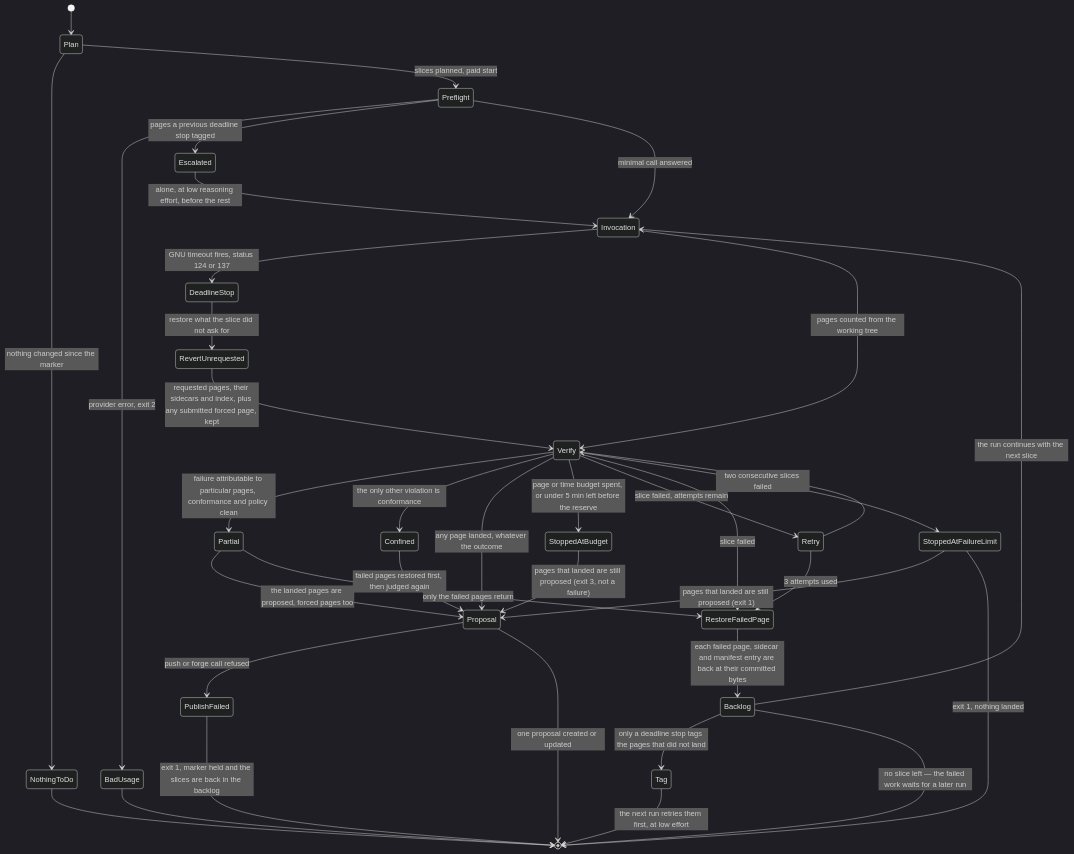
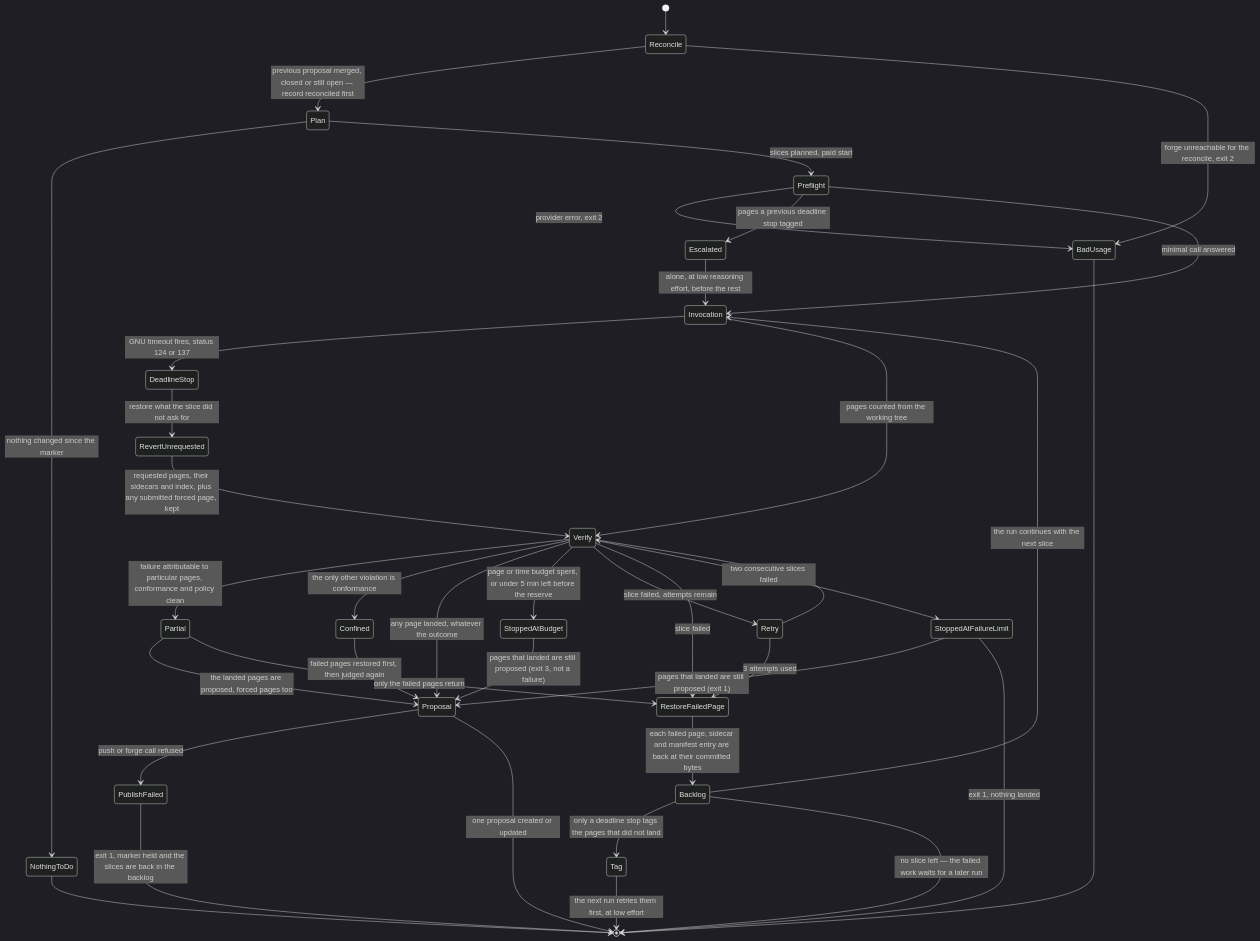
The first of 3 diagrams in openwiki/runbooks/wiki-maintenance.md (jumbleknot/MovieCollectionManager), drawn with Mermaid (dark theme) before and after one commit. The commit also changed other lines of this file and 13 other files, not shown here.

````diff
--- a/openwiki/runbooks/wiki-maintenance.md
+++ b/openwiki/runbooks/wiki-maintenance.md
@@ -128,39 +133,41 @@
 ```mermaid
 stateDiagram-v2
-    [*] --> Plan
+    [*] --> Reconcile
+    Reconcile --> Plan: previous proposal merged, closed or still open — record reconciled first
+    Reconcile --> BadUsage: forge unreachable for the reconcile, exit 2
     Plan --> NothingToDo: nothing changed since the marker
     Plan --> Preflight: slices planned, paid start
     Preflight --> BadUsage: provider error, exit 2
     Preflight --> Escalated: pages a previous deadline stop tagged
     Escalated --> Invocation: alone, at low reasoning effort, before the rest
     Preflight --> Invocation: minimal call answered
     Invocation --> DeadlineStop: GNU timeout fires, status 124 or 137
     DeadlineStop --> RevertUnrequested: restore what the slice did not ask for
     RevertUnrequested --> Verify: requested pages, their sidecars and index, plus any submitted forced page, kept
     Invocation --> Verify: pages counted from the working tree
     Verify --> Partial: failure attributable to particular pages, conformance and policy clean
     Partial --> Proposal: the landed pages are proposed, forced pages too
     Partial --> RestoreFailedPage: only the failed pages return
     Verify --> Confined: the only other violation is conformance
     Confined --> Proposal: failed pages restored first, then judged again
     Verify --> Proposal: any page landed, whatever the outcome
     Verify --> StoppedAtBudget: page or time budget spent, or under 5 min left before the reserve
     StoppedAtBudget --> Proposal: pages that landed are still proposed (exit 3, not a failure)
     Verify --> Retry: slice failed, attempts remain
     Retry --> Verify
     Retry --> RestoreFailedPage: 3 attempts used
     Verify --> RestoreFailedPage: slice failed
     RestoreFailedPage --> Backlog: each failed page, sidecar and manifest entry are back at their committed bytes
     Backlog --> Tag: only a deadline stop tags the pages that did not land
     Tag --> [*]: the next run retries them first, at low effort
     Verify --> StoppedAtFailureLimit: two consecutive slices failed
     StoppedAtFailureLimit --> Proposal: pages that landed are still proposed (exit 1)
     StoppedAtFailureLimit --> [*]: exit 1, nothing landed
     Backlog --> Invocation: the run continues with the next slice
     Backlog --> [*]: no slice left — the failed work waits for a later run
     Proposal --> PublishFailed: push or forge call refused
     PublishFailed --> [*]: exit 1, marker held and the slices are back in the backlog
     Proposal --> [*]: one proposal created or updated
     NothingToDo --> [*]
     BadUsage --> [*]
 ```
````
